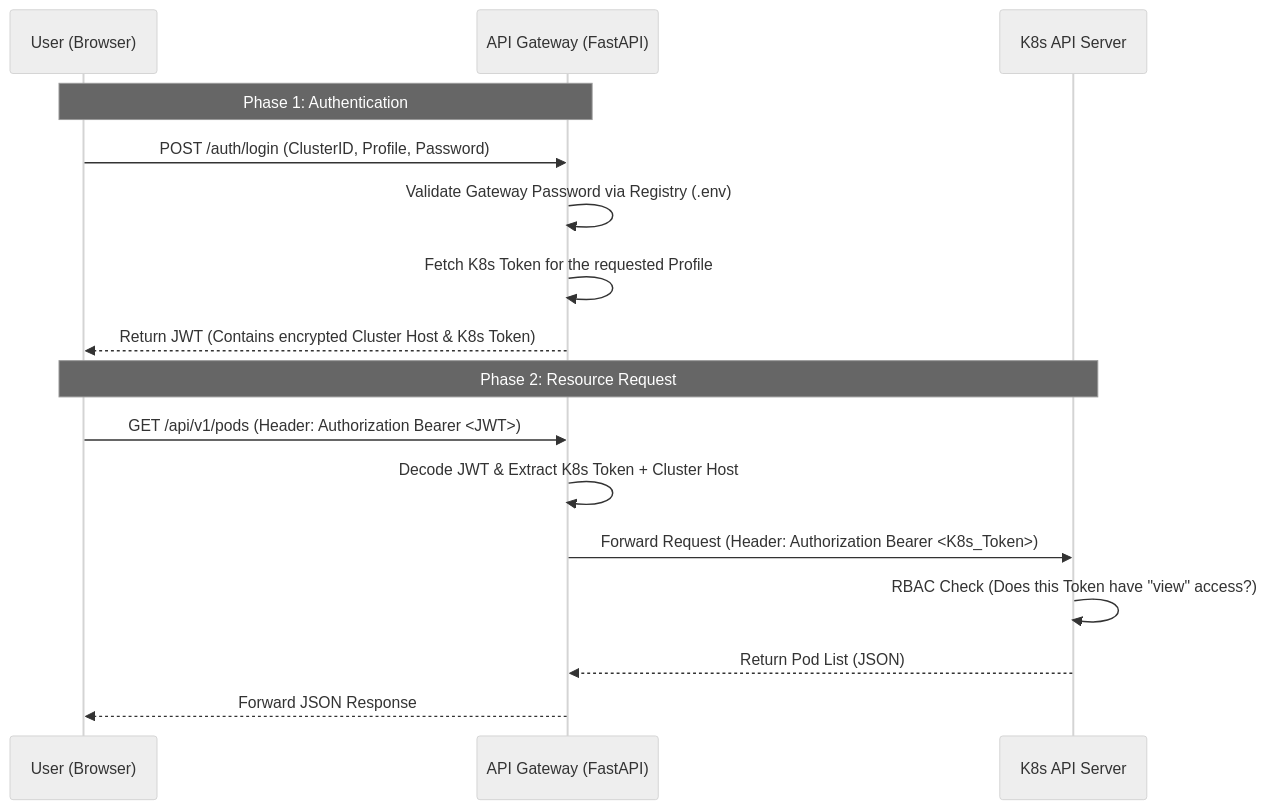
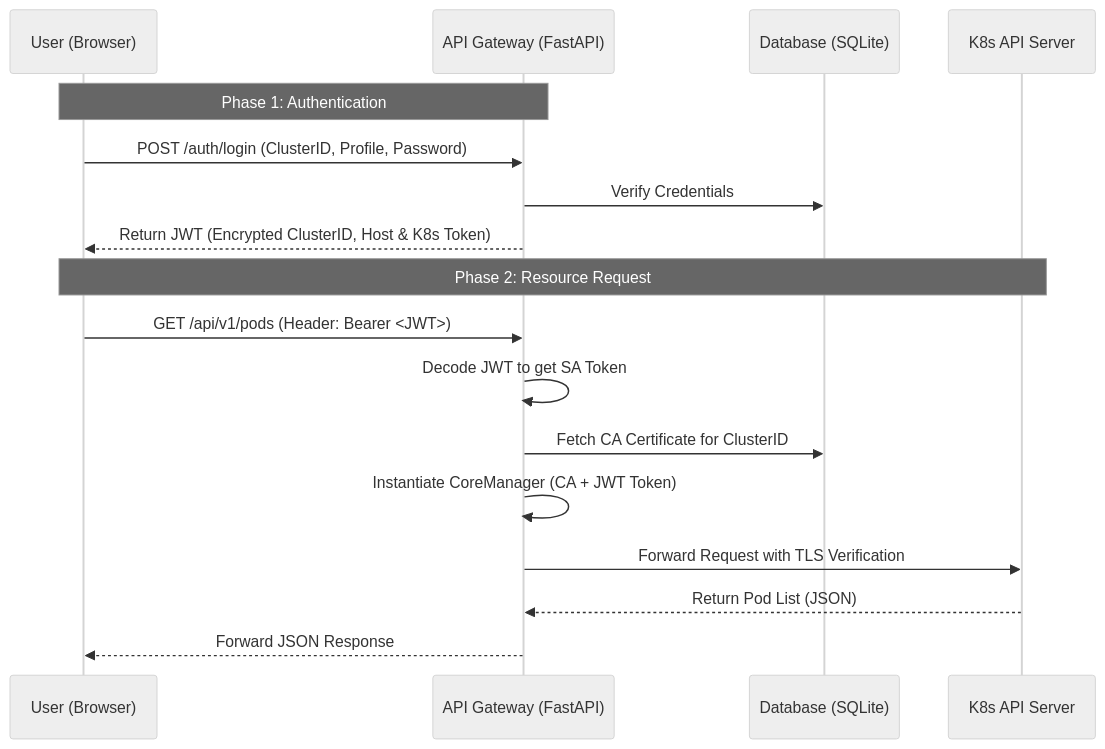
One commit to AndreaProzzo21/k8s-cloud-gateway changed the diagram in README.md. Above: the diagram before and after it, drawn with Mermaid (neutral theme). The commit also changed other lines of this file, not shown here.

````diff
--- a/README.md
+++ b/README.md
@@ -40,20 +37,21 @@
 ```mermaid
 sequenceDiagram
     participant User as User (Browser)
     participant Gateway as API Gateway (FastAPI)
+    participant DB as Database (SQLite)
     participant K8s as K8s API Server
 
     Note over User, Gateway: Phase 1: Authentication
     User->>Gateway: POST /auth/login (ClusterID, Profile, Password)
-    Gateway->>Gateway: Validate Gateway Password via Registry (.env)
-    Gateway->>Gateway: Fetch K8s Token for the requested Profile
-    Gateway-->>User: Return JWT (Contains encrypted Cluster Host & K8s Token)
+    Gateway->>DB: Verify Credentials
+    Gateway-->>User: Return JWT (Encrypted ClusterID, Host & K8s Token)
 
     Note over User, K8s: Phase 2: Resource Request
-    User->>Gateway: GET /api/v1/pods (Header: Authorization Bearer <JWT>)
-    Gateway->>Gateway: Decode JWT & Extract K8s Token + Cluster Host
-    Gateway->>K8s: Forward Request (Header: Authorization Bearer <K8s_Token>)
-    K8s->>K8s: RBAC Check (Does this Token have "view" access?)
+    User->>Gateway: GET /api/v1/pods (Header: Bearer <JWT>)
+    Gateway->>Gateway: Decode JWT to get SA Token
+    Gateway->>DB: Fetch CA Certificate for ClusterID
+    Gateway->>Gateway: Instantiate CoreManager (CA + JWT Token)
+    Gateway->>K8s: Forward Request with TLS Verification
     K8s-->>Gateway: Return Pod List (JSON)
     Gateway-->>User: Forward JSON Response
 ```
````
